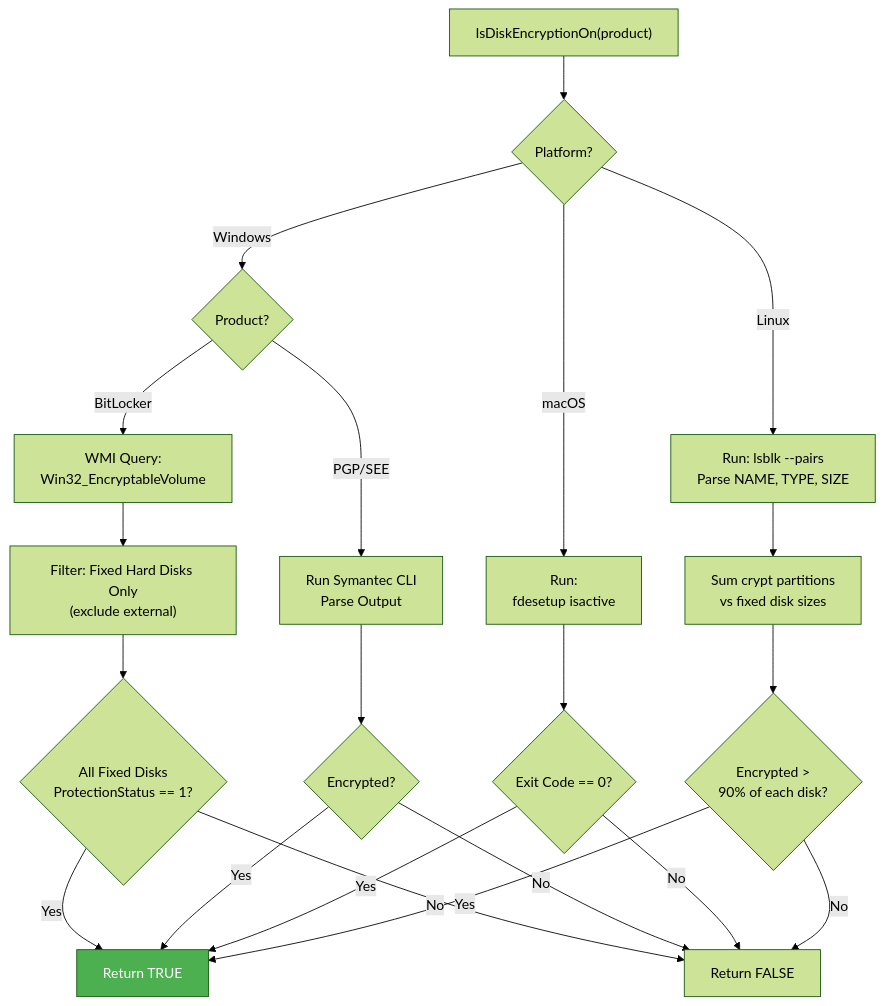
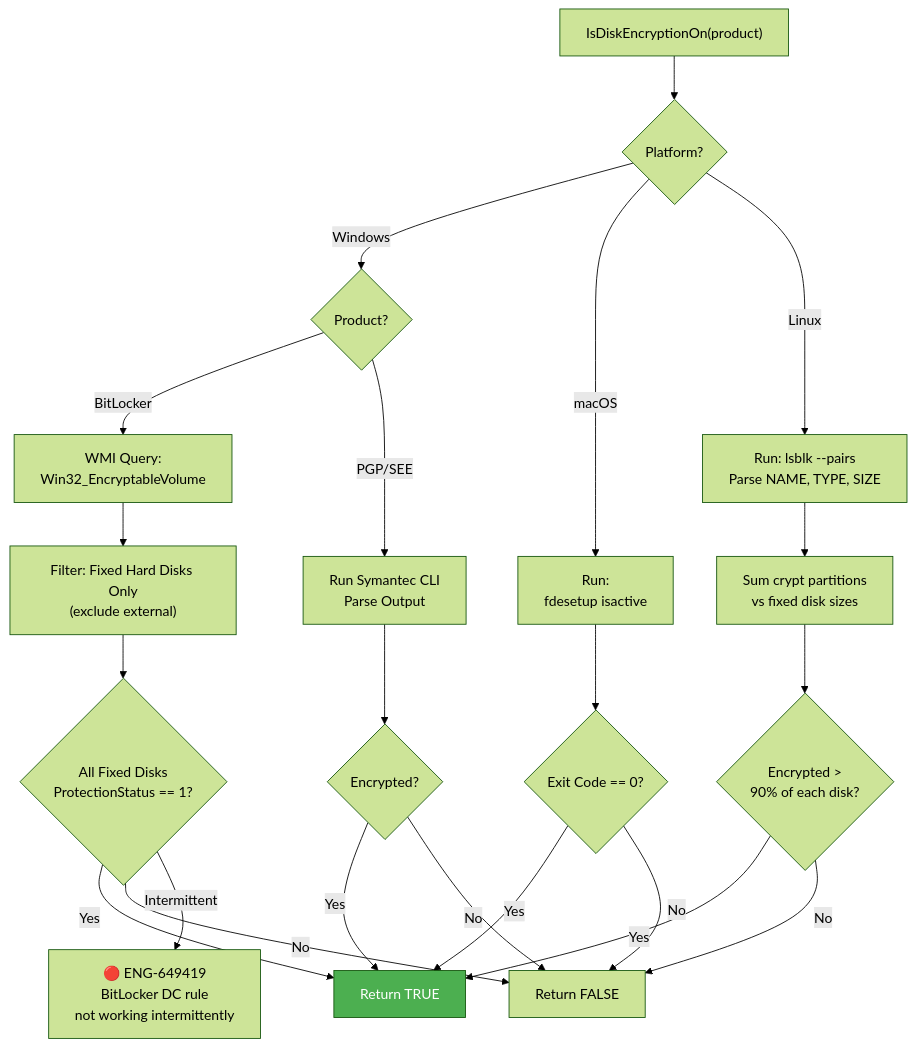
The fifth of 10 diagrams in chapters/12_device_classification.md (ns-klin/endpoint_system_test_plan), drawn with Mermaid (forest theme) before and after one commit. The commit also changed other lines of this file and 26 other files, not shown here.

First line of the commit message:
Add 87 bugs from Excel enrichment and integrate into mermaid diagrams

````diff
--- a/chapters/12_device_classification.md
+++ b/chapters/12_device_classification.md
@@ -408,29 +426,30 @@
 ```mermaid
 flowchart TD
     START["IsDiskEncryptionOn(product)"] --> PLAT{Platform?}
 
     PLAT -->|Windows| PROD{Product?}
     PROD -->|BitLocker| WMI["WMI Query:<br/>Win32_EncryptableVolume"]
     WMI --> FIXED["Filter: Fixed Hard Disks Only<br/>(exclude external)"]
     FIXED --> BL_CHECK{All Fixed Disks<br/>ProtectionStatus == 1?}
     BL_CHECK -->|Yes| PASS[Return TRUE]
     BL_CHECK -->|No| FAIL[Return FALSE]
+    BL_CHECK -->|Intermittent| BUG_649419["🔴 ENG-649419<br/>BitLocker DC rule<br/>not working intermittently"]
 
     PROD -->|PGP/SEE| PGP["Run Symantec CLI<br/>Parse Output"]
     PGP --> PGP_CHECK{Encrypted?}
     PGP_CHECK -->|Yes| PASS
     PGP_CHECK -->|No| FAIL
 
     PLAT -->|macOS| FV["Run:<br/>fdesetup isactive"]
     FV --> FV_CHECK{Exit Code == 0?}
     FV_CHECK -->|Yes| PASS
     FV_CHECK -->|No| FAIL
 
     PLAT -->|Linux| LSBLK["Run: lsblk --pairs<br/>Parse NAME, TYPE, SIZE"]
     LSBLK --> LUKS["Sum crypt partitions<br/>vs fixed disk sizes"]
     LUKS --> RATIO{Encrypted ><br/>90% of each disk?}
     RATIO -->|Yes| PASS
     RATIO -->|No| FAIL
 
     style PASS fill:#4CAF50,color:#fff
 ```
````
